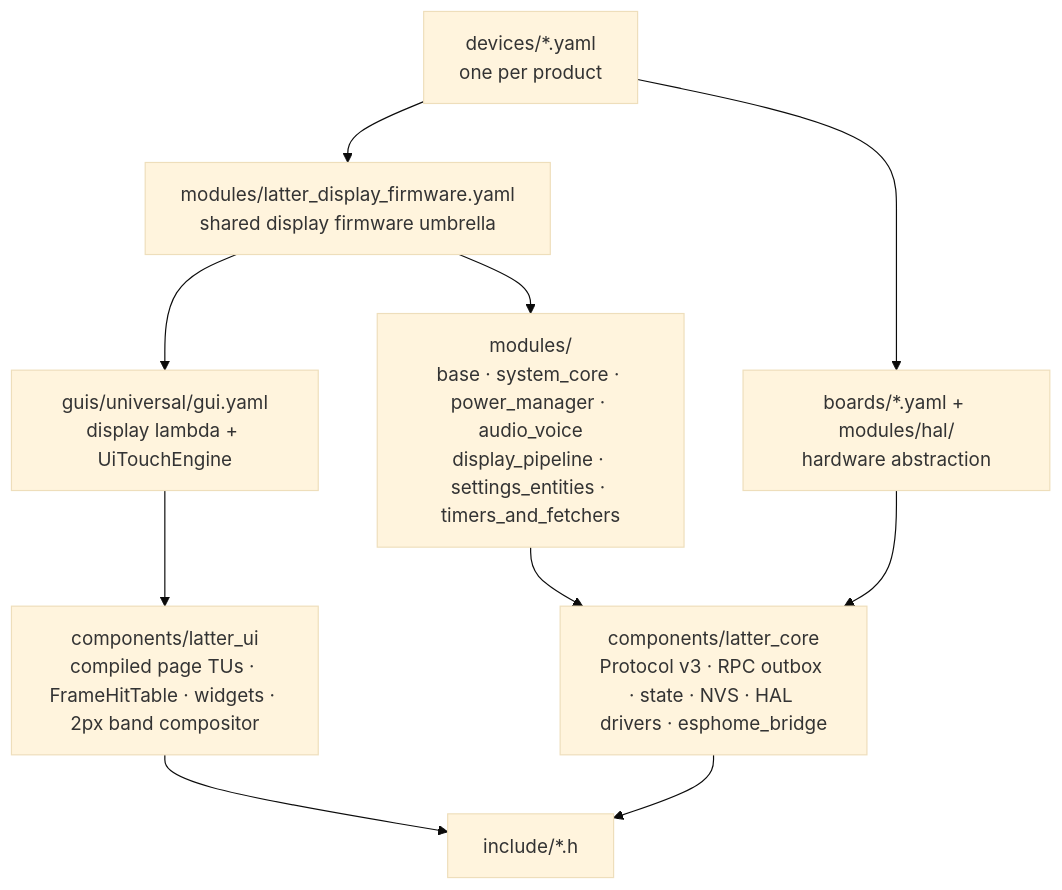
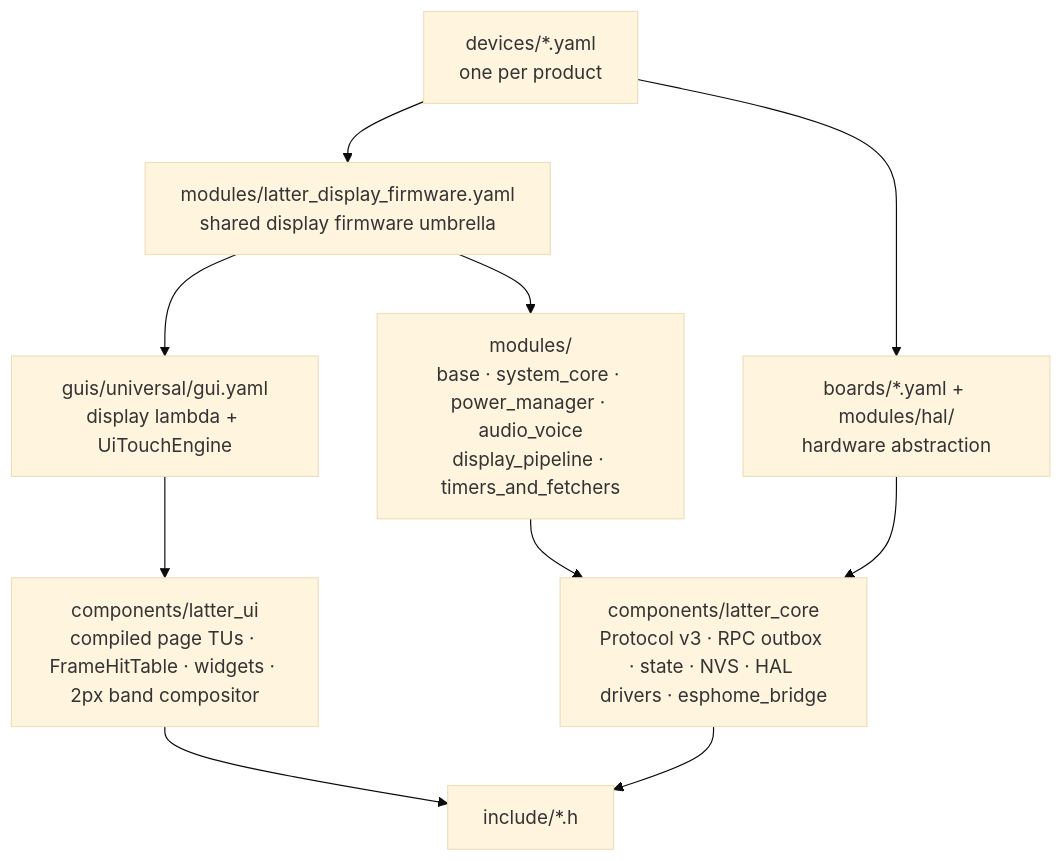
One commit to slampton/esphome-latter-core changed the diagram in docs/architecture.md. Above: the diagram before and after it, drawn with Mermaid (base theme). The commit also changed other lines of this file and 25 other files, not shown here.

First line of the commit message:
Implement 3-tier entity architecture and PersistedDevicePrefs v2 sync (D-034)

````diff
--- a/docs/architecture.md
+++ b/docs/architecture.md
@@ -5,12 +5,12 @@
 ```mermaid
 flowchart TD
     D["devices/*.yaml<br/>one per product"] --> B["boards/*.yaml + modules/hal/<br/>hardware abstraction"]
     D --> U["modules/latter_display_firmware.yaml<br/>shared display firmware umbrella"]
-    U --> M["modules/<br/>base · system_core · power_manager · audio_voice<br/>display_pipeline · settings_entities · timers_and_fetchers"]
+    U --> M["modules/<br/>base · system_core · power_manager · audio_voice<br/>display_pipeline · timers_and_fetchers"]
     U --> G["guis/universal/gui.yaml<br/>display lambda + UiTouchEngine"]
     G --> CUI["components/latter_ui<br/>compiled page TUs · FrameHitTable · widgets · 2px band compositor"]
     M --> CC["components/latter_core<br/>Protocol v3 · RPC outbox · state · NVS · HAL drivers · esphome_bridge"]
     B --> CC
     CUI --> H["include/*.h"]
     CC --> H
 ```
````
